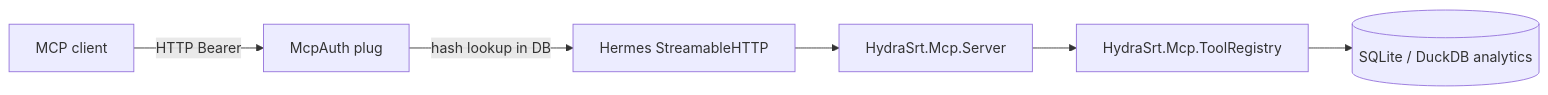
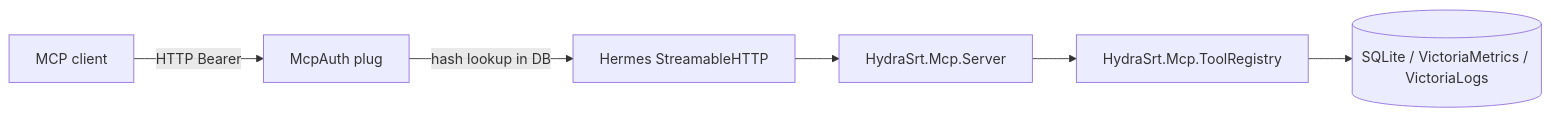
One commit to abc3/hydra-srt changed the diagram in docs/mcp.md. Above: the diagram before and after it, drawn with Mermaid. The commit also changed 44 other files, not shown here.

Commit message:
refactor: replace duckdb to VictoriaMetrics/VictoriaLogs

````diff
--- a/docs/mcp.md
+++ b/docs/mcp.md
@@ -23,8 +23,8 @@
 ```mermaid
 flowchart LR
   Client[MCP client] -->|HTTP Bearer| McpAuth[McpAuth plug]
   McpAuth -->|hash lookup in DB| Hermes[Hermes StreamableHTTP]
   Hermes --> Server[HydraSrt.Mcp.Server]
   Server --> Registry[HydraSrt.Mcp.ToolRegistry]
-  Registry --> Db[(SQLite / DuckDB analytics)]
+  Registry --> Db[(SQLite / VictoriaMetrics / VictoriaLogs)]
 ```
````
